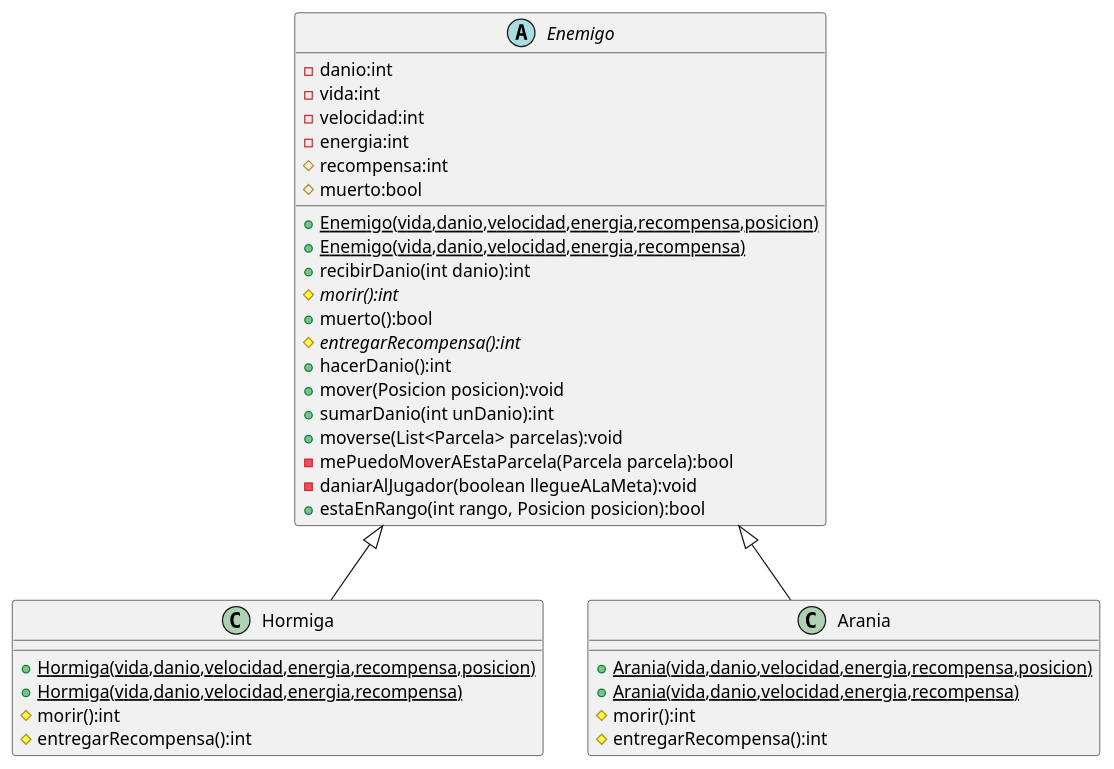
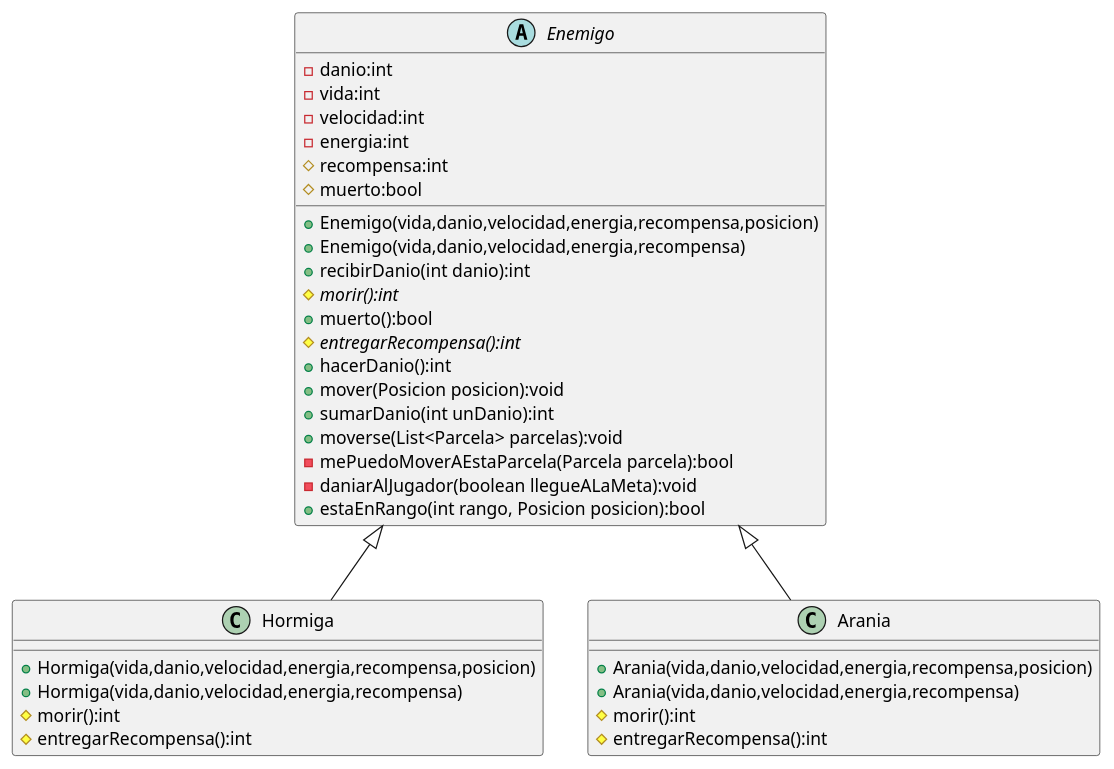
One commit to lucas96will/algo3_tp2_fiuba changed the diagram in diagrams/classes/Ent2/enemigo.plantuml. Above: the diagram before and after it, drawn with PlantUML. The commit also changed 7 other files, not shown here.

Commit message:
Primera leida a los diagramas de clase

```diff
--- a/diagrams/classes/Ent2/enemigo.plantuml
+++ b/diagrams/classes/Ent2/enemigo.plantuml
@@ -1,41 +1,41 @@
 @startuml
 
 abstract Enemigo {
     -danio:int
     -vida:int
     -velocidad:int
     -energia:int
     #recompensa:int
     #muerto:bool
-    +{static}Enemigo(vida,danio,velocidad,energia,recompensa,posicion)
-    +{static}Enemigo(vida,danio,velocidad,energia,recompensa)
+    +Enemigo(vida,danio,velocidad,energia,recompensa,posicion)
+    +Enemigo(vida,danio,velocidad,energia,recompensa)
     +recibirDanio(int danio):int
     {abstract}#morir():int
     +muerto():bool
     {abstract}#entregarRecompensa():int
     +hacerDanio():int
     +mover(Posicion posicion):void
     +sumarDanio(int unDanio):int
     +moverse(List<Parcela> parcelas):void
     -mePuedoMoverAEstaParcela(Parcela parcela):bool
     -daniarAlJugador(boolean llegueALaMeta):void
     +estaEnRango(int rango, Posicion posicion):bool
 }
 
 class Hormiga {
-    {static}+Hormiga(vida,danio,velocidad,energia,recompensa,posicion)
-    {static}+Hormiga(vida,danio,velocidad,energia,recompensa)
+    +Hormiga(vida,danio,velocidad,energia,recompensa,posicion)
+    +Hormiga(vida,danio,velocidad,energia,recompensa)
     #morir():int
     #entregarRecompensa():int
 }
 
 class Arania {
-    {static}+Arania(vida,danio,velocidad,energia,recompensa,posicion)
-    {static}+Arania(vida,danio,velocidad,energia,recompensa)
+    +Arania(vida,danio,velocidad,energia,recompensa,posicion)
+    +Arania(vida,danio,velocidad,energia,recompensa)
     #morir():int
     #entregarRecompensa():int
 }
 
 Enemigo <|-- Hormiga
 Enemigo <|-- Arania
 @enduml
```
